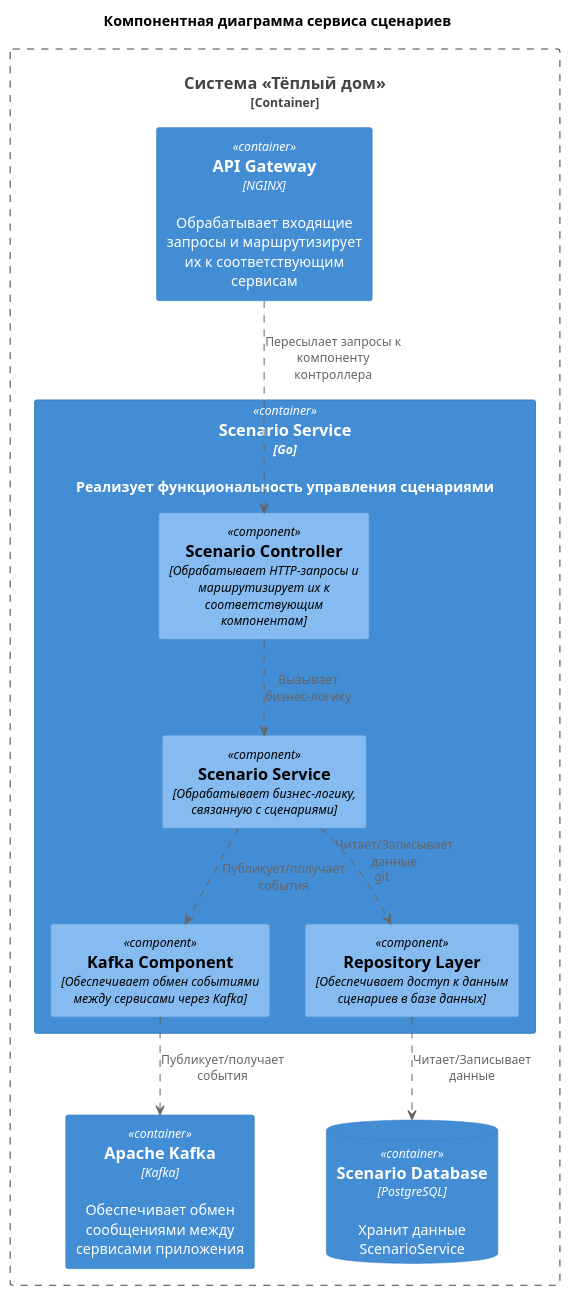
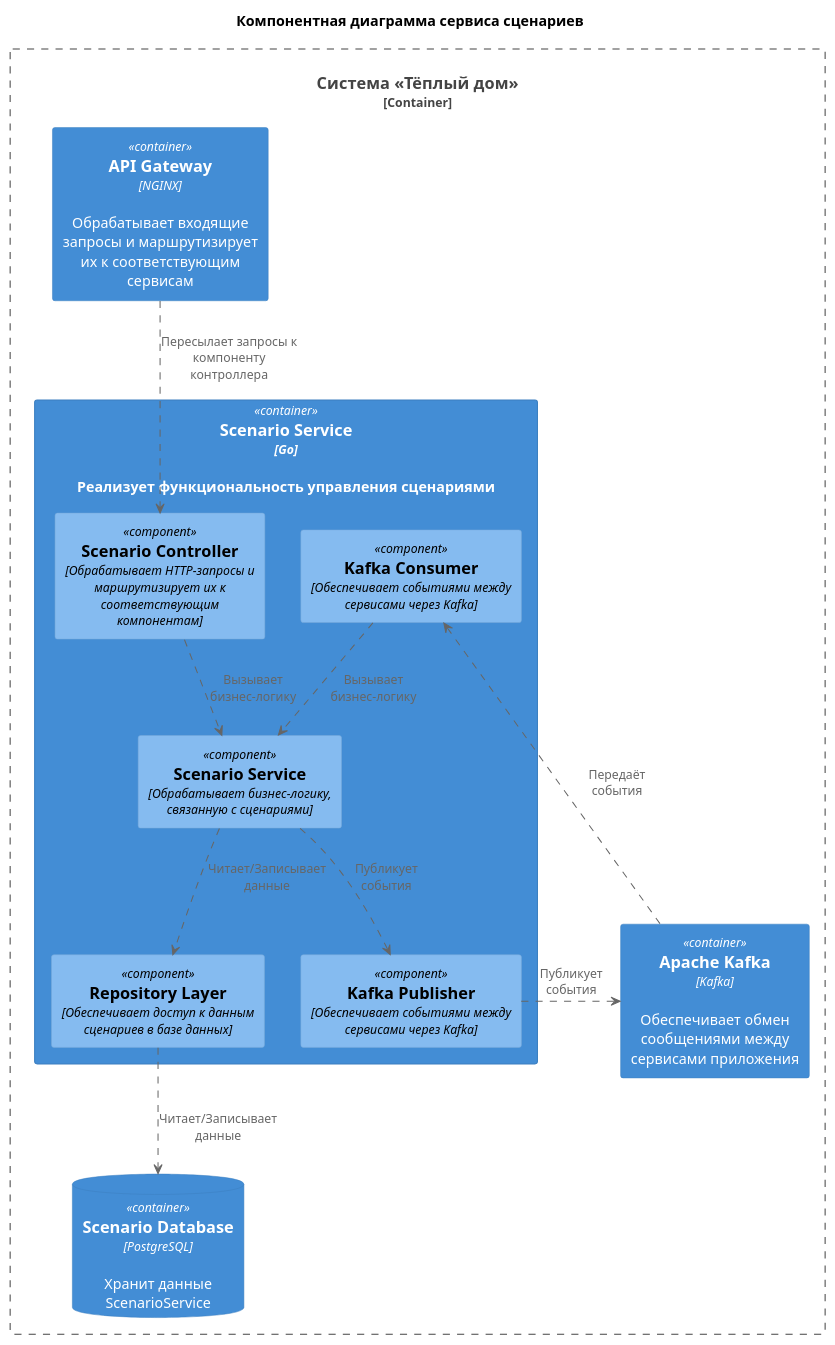
One commit to PAKETIKk/architecture-warmhouse changed the diagram in diagrams/component/component-ScenarioService.puml. Above: the diagram before and after it, drawn with PlantUML. The commit also changed 4 other files, not shown here.

```diff
--- a/diagrams/component/component-ScenarioService.puml
+++ b/diagrams/component/component-ScenarioService.puml
@@ -1,31 +1,36 @@
 @startuml
 title Компонентная диаграмма сервиса сценариев
 ' Импорт
 !include ../../uml-lib/C4_Component.puml
 ' Система
 Container_Boundary(system, "Система «Тёплый дом»"){
   ' Сервисы
   Container(ScenarioService, "Scenario Service", "Go", "Реализует функциональность управления сценариями")
   Container(ApiGateway, "API Gateway", "NGINX", "Обрабатывает входящие запросы и маршрутизирует их к соответствующим сервисам")
   ' Брокеры сообщений
   Container(Kafka, "Apache Kafka", "Kafka", "Обеспечивает обмен сообщениями между сервисами приложения")  
   ' СУБД Scenario Service
   ContainerDb(ScenarioDatabase, "Scenario Database", "PostgreSQL", "Хранит данные ScenarioService")
 }
 ' Сервис сценариев
 Container(ScenarioService, "Scenario Service") {
 ' Компоненты сервиса сценариев
   Component(ControllerComponent, "Scenario Controller","Обрабатывает HTTP-запросы и маршрутизирует их к соответствующим компонентам")
   Component(ServiceComponent, "Scenario Service", "Обрабатывает бизнес-логику, связанную с сценариями")
-  Component(KafkaComponent, "Kafka Component", "Обеспечивает обмен событиями между сервисами через Kafka")
+  Component(KafkaPublisher, "Kafka Publisher", "Обеспечивает событиями между сервисами через Kafka")
+  Component(KafkaConsumer, "Kafka Consumer", "Обеспечивает событиями между сервисами через Kafka")
   Component(RepositoryComponent, "Repository Layer", "Обеспечивает доступ к данным сценариев в базе данных")
 }
 ' Взаимодействия компонентов
 ControllerComponent ..> ServiceComponent : "Вызывает\nбизнес-логику"
-ServiceComponent ..> RepositoryComponent : "Читает/Записывает\nданные"git 
-ServiceComponent ..> KafkaComponent : "Публикует/получает\nсобытия"
+KafkaConsumer ..> ServiceComponent : "Вызывает\nбизнес-логику"
+ServiceComponent ..> RepositoryComponent : "Читает/Записывает\nданные" 
+ServiceComponent ..> KafkaPublisher : "Публикует\nсобытия"
 RepositoryComponent ..> ScenarioDatabase : "Читает/Записывает\nданные"
 ' Взаимодействия с сервисами
 ApiGateway ..> ControllerComponent : "Пересылает запросы к компоненту контроллера"
-KafkaComponent ..> Kafka : "Публикует/получает\nсобытия"
+KafkaPublisher .right.> Kafka : "Публикует\nсобытия"
+Kafka .left.> KafkaConsumer : "Передаёт\nсобытия"
+' Подсказка для рендера
+RepositoryComponent -[hidden]right- KafkaPublisher
 @enduml
```
